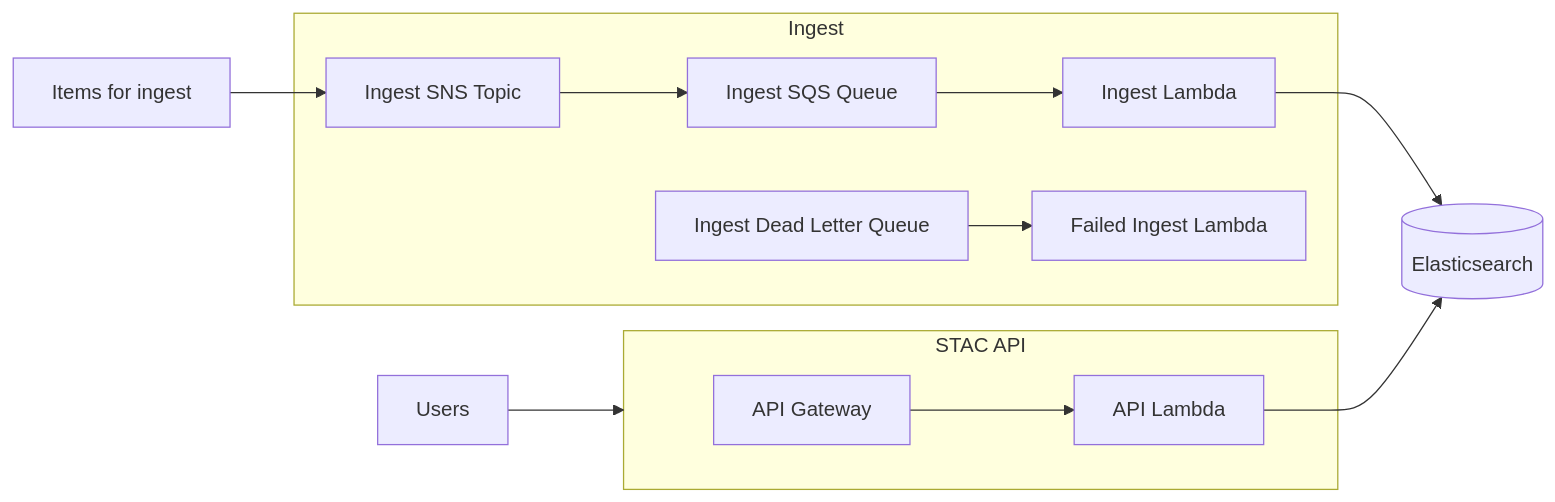
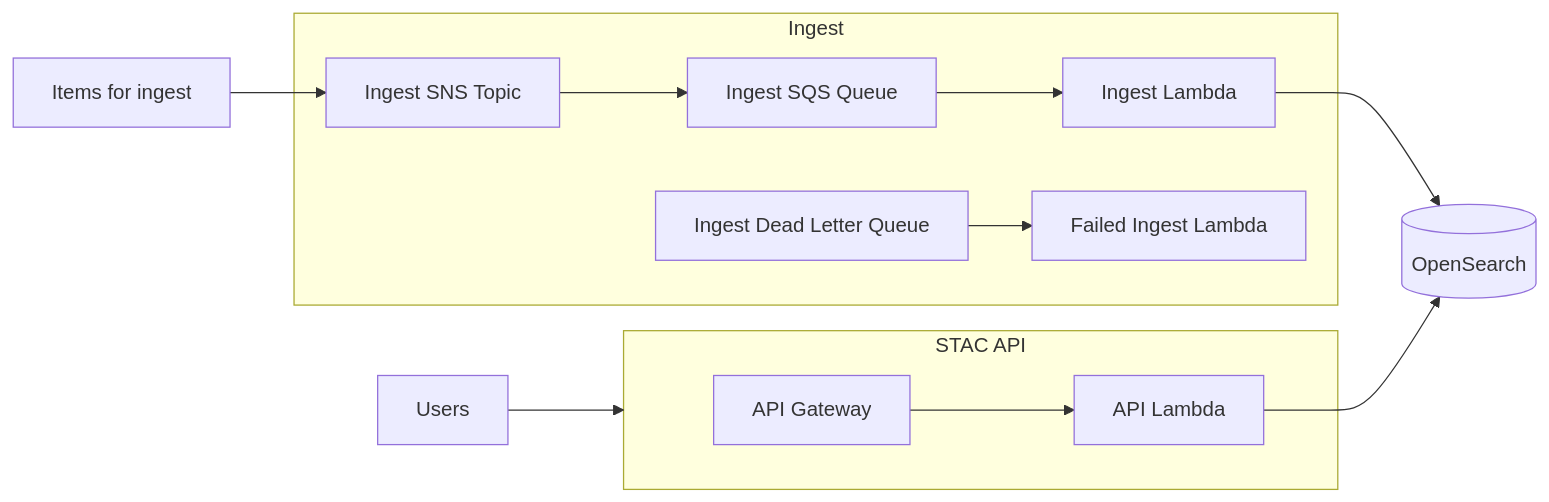
One commit to stac-utils/stac-server changed the first of 2 diagrams in README.md. Above: the diagram before and after it, drawn with Mermaid. The commit also changed other lines of this file and 5 other files, not shown here.

````diff
--- a/README.md
+++ b/README.md
@@ -59,39 +61,39 @@
 ```mermaid
 flowchart LR
 
 itemsForIngest[Items for ingest]
 
 subgraph ingest[Ingest]
   ingestSnsTopic[Ingest SNS Topic]
   ingestQueue[Ingest SQS Queue]
   ingestLambda[Ingest Lambda]
 
   ingestDeadLetterQueue[Ingest Dead Letter Queue]
   failedIngestLambda[Failed Ingest Lambda]
 end
 
 users[Users]
 
 subgraph api[STAC API]
   apiGateway[API Gateway]
   apiLambda[API Lambda]
 end
 
-elasticsearch[(Elasticsearch)]
+opensearch[(OpenSearch)]
 
 %% Ingest workflow
 
 itemsForIngest --> ingestSnsTopic
 ingestSnsTopic --> ingestQueue
 ingestQueue --> ingestLambda
-ingestLambda --> elasticsearch
+ingestLambda --> opensearch
 
 ingestDeadLetterQueue --> failedIngestLambda
 
 %% API workflow
 
 users --> api
 apiGateway --> apiLambda
-apiLambda --> elasticsearch
+apiLambda --> opensearch
 
 ```
````
